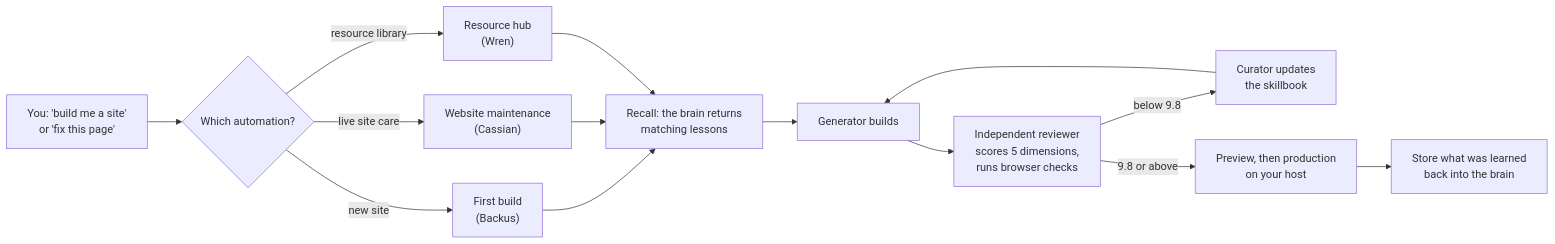
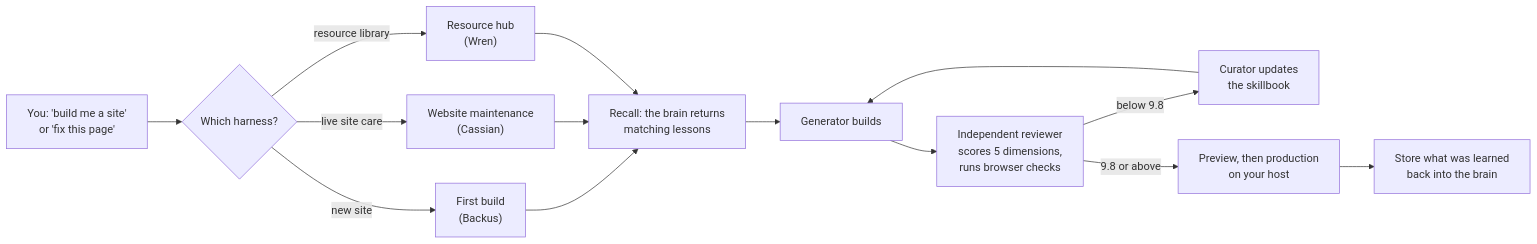
The second of 3 diagrams in README.md (void-wright/webdev-workbench), drawn with Mermaid before and after one commit. The commit also changed other lines of this file and 2 other files, not shown here.

First line of the commit message:
README: American English and "automation harnesses"

````diff
--- a/README.md
+++ b/README.md
@@ -105,15 +106,15 @@
 ```mermaid
 flowchart LR
-    ask["You: 'build me a site'<br/>or 'fix this page'"] --> route{"Which automation?"}
+    ask["You: 'build me a site'<br/>or 'fix this page'"] --> route{"Which harness?"}
     route -- "new site" --> backus["First build<br/>(Backus)"]
     route -- "live site care" --> cassian["Website maintenance<br/>(Cassian)"]
     route -- "resource library" --> wren["Resource hub<br/>(Wren)"]
 
     backus & cassian & wren --> recall["Recall: the brain returns<br/>matching lessons"]
     recall --> gen["Generator builds"]
     gen --> rev["Independent reviewer<br/>scores 5 dimensions,<br/>runs browser checks"]
     rev -- "below 9.8" --> cur["Curator updates<br/>the skillbook"]
     cur --> gen
     rev -- "9.8 or above" --> ship["Preview, then production<br/>on your host"]
     ship --> store["Store what was learned<br/>back into the brain"]
 ```
````
